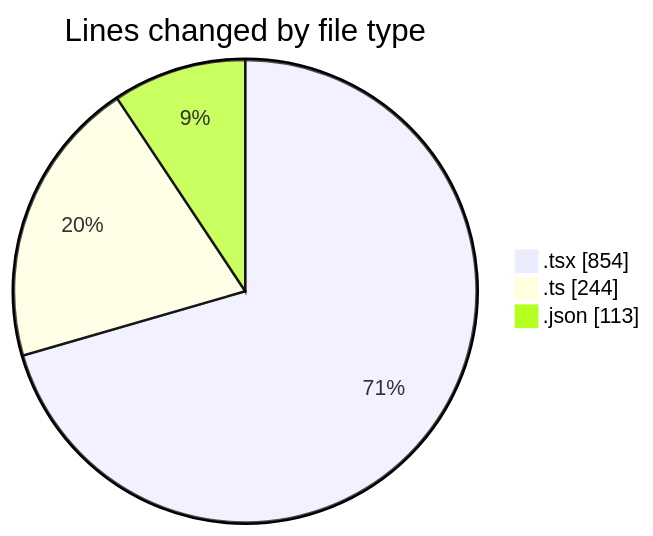
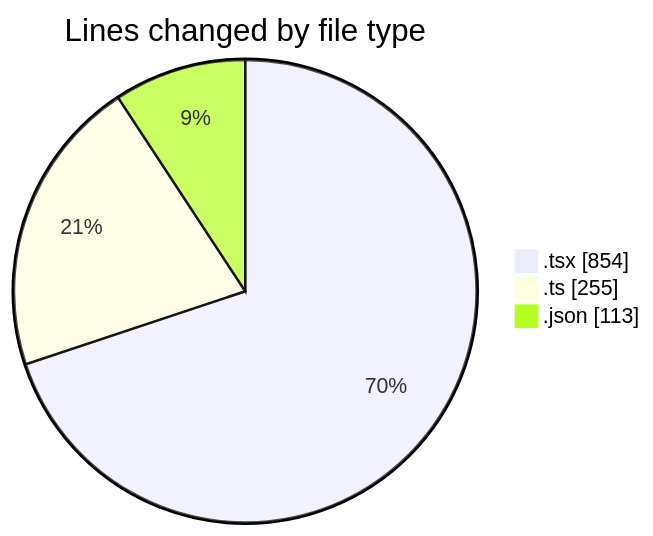
One commit to momahboobian/code-tracking changed the first of 2 diagrams in 2025-02-23/pdf-analysis-app/README.md. Above: the diagram before and after it, drawn with Mermaid. The commit also changed other lines of this file and 1 other file, not shown here.

````diff
--- a/2025-02-23/pdf-analysis-app/README.md
+++ b/2025-02-23/pdf-analysis-app/README.md
@@ -30,7 +31,7 @@
 ```mermaid
 pie showData
 title Lines changed by file type
 ".tsx" : 854
-".ts" : 244
+".ts" : 255
 ".json" : 113
 ```
````
